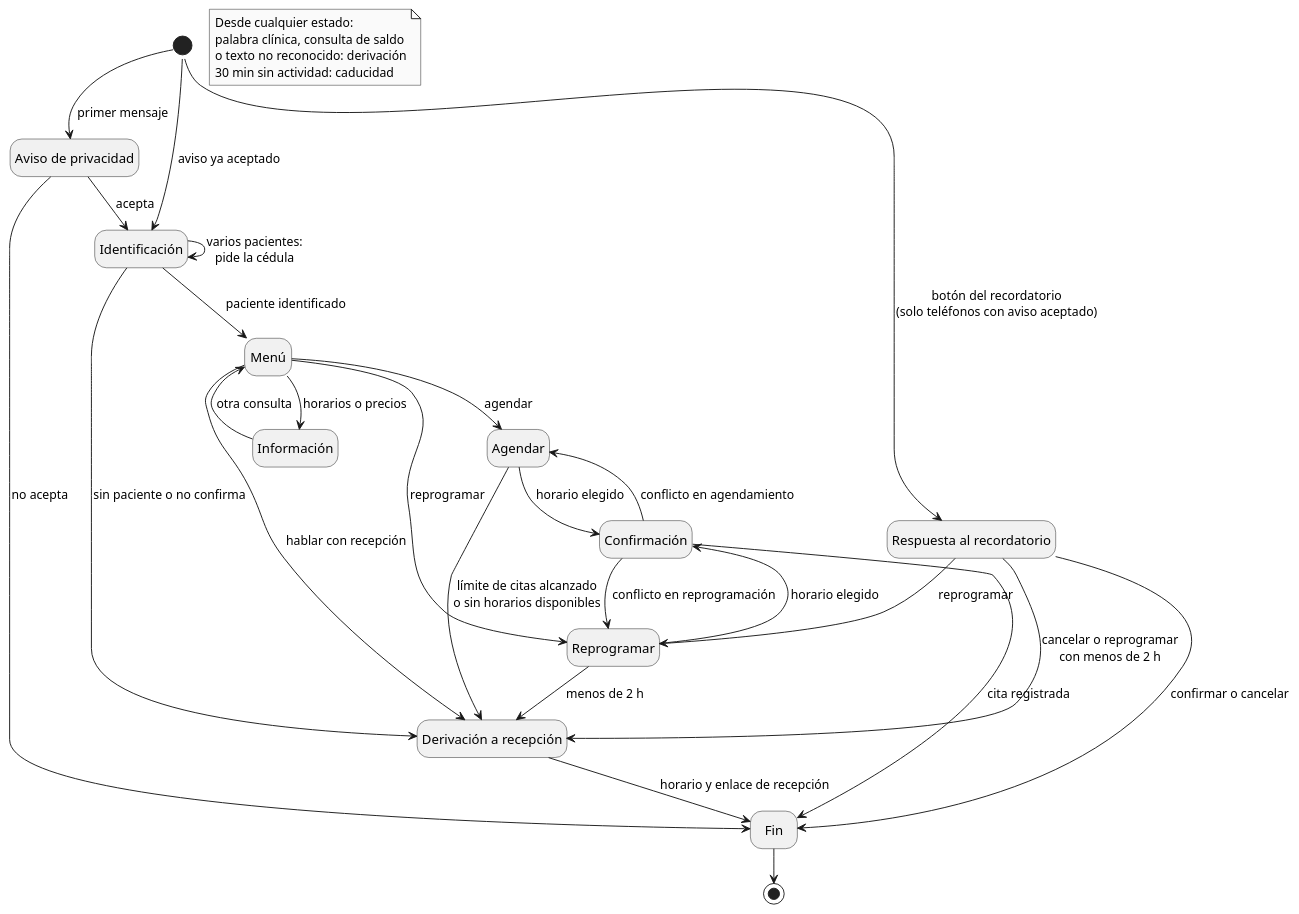
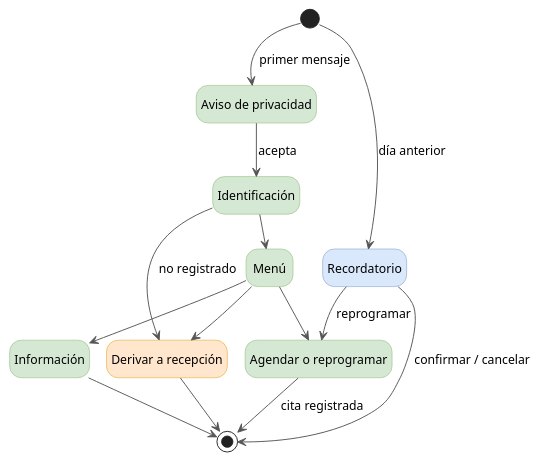
The diagram in diagramas/plantuml/estados_conversacion.puml (JaviFiallos/bachelor-latex-thesis), drawn with PlantUML before and after one commit. The commit also changed 9 other files, not shown here.

First line of the commit message:
Se simplifican los diagramas del Objetivo 2 y se les asigna una paleta de colores

```diff
--- a/diagramas/plantuml/estados_conversacion.puml
+++ b/diagramas/plantuml/estados_conversacion.puml
@@ -1,64 +1,41 @@
 @startuml estados_conversacion
 !pragma layout smetana
-
-skinparam monochrome true
 skinparam shadowing false
+skinparam backgroundColor white
 skinparam defaultFontName Arial
+skinparam defaultFontSize 13
+skinparam ArrowColor #555555
 skinparam state {
-  RoundCorner 8
+  RoundCorner 12
+  BackgroundColor #D5E8D4
+  BorderColor #82B366
+  BackgroundColor<<derivar>> #FFE6CC
+  BorderColor<<derivar>> #D79B00
+  BackgroundColor<<recordatorio>> #DAE8FC
+  BorderColor<<recordatorio>> #6C8EBF
 }
 hide empty description
+hide stereotype
 
 state "Aviso de privacidad" as Aviso
 state "Identificación" as Identificacion
 state "Menú" as Menu
 state "Información" as Informacion
-state "Agendar" as Agendar
-state "Reprogramar" as Reprogramar
-state "Confirmación" as Confirmacion
-state "Derivación a recepción" as Derivar
-state "Respuesta al recordatorio" as Recordatorio
-state "Fin" as Fin
+state "Agendar o reprogramar" as Cita
+state "Recordatorio" as Recordatorio <<recordatorio>>
+state "Derivar a recepción" as Derivar <<derivar>>
 
 [*] --> Aviso : primer mensaje
-[*] --> Identificacion : aviso ya aceptado
-[*] --> Recordatorio : botón del recordatorio\n(solo teléfonos con aviso aceptado)
-
+[*] --> Recordatorio : día anterior
 Aviso --> Identificacion : acepta
-Aviso --> Fin : no acepta
-
-Identificacion --> Identificacion : varios pacientes:\npide la cédula
-Identificacion --> Menu : paciente identificado
-Identificacion --> Derivar : sin paciente o no confirma
-
-Menu --> Informacion : horarios o precios
-Menu --> Agendar : agendar
-Menu --> Reprogramar : reprogramar
-Menu --> Derivar : hablar con recepción
-
-Informacion --> Menu : otra consulta
-
-Agendar --> Confirmacion : horario elegido
-Agendar --> Derivar : límite de citas alcanzado\no sin horarios disponibles
-
-Reprogramar --> Confirmacion : horario elegido
-Reprogramar --> Derivar : menos de 2 h
-
-Confirmacion --> Agendar : conflicto en agendamiento
-Confirmacion --> Reprogramar : conflicto en reprogramación
-Confirmacion --> Fin : cita registrada
-
-Recordatorio --> Fin : confirmar o cancelar
-Recordatorio --> Reprogramar : reprogramar
-Recordatorio --> Derivar : cancelar o reprogramar\ncon menos de 2 h
-
-Derivar --> Fin : horario y enlace de recepción
-Fin --> [*]
-
-note as NotaTransversal
-  Desde cualquier estado:
-  palabra clínica, consulta de saldo
-  o texto no reconocido: derivación
-  30 min sin actividad: caducidad
-end note
+Identificacion --> Menu
+Menu --> Informacion
+Menu --> Cita
+Menu --> Derivar
+Cita --> [*] : cita registrada
+Informacion --> [*]
+Derivar --> [*]
+Recordatorio --> Cita : reprogramar
+Recordatorio --> [*] : confirmar / cancelar
+Identificacion --> Derivar : no registrado
 @enduml
```
